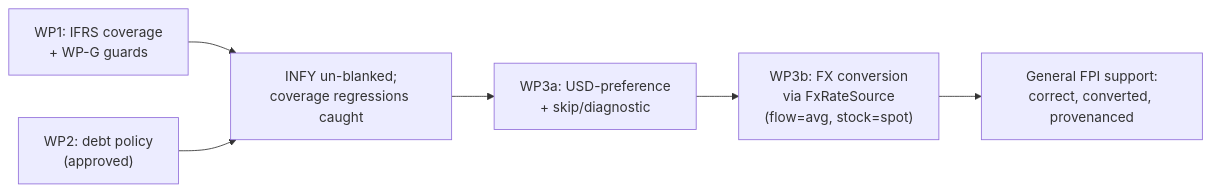
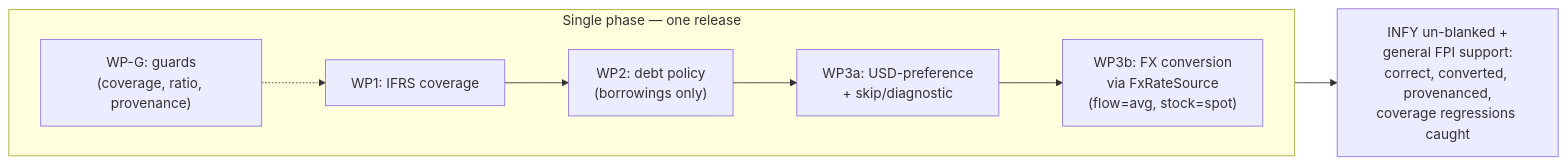
The diagram in docs/ifrs-currency-support-techspec.md (dhruva-vidhant/econ-project), drawn with Mermaid before and after one commit. The commit also changed other lines of this file and 3 other files, not shown here.

First line of the commit message:
docs(ifrs-currency): collapse to single-phase delivery — all gaps in one release

````diff
--- a/docs/ifrs-currency-support-techspec.md
+++ b/docs/ifrs-currency-support-techspec.md
@@ -273,8 +276,11 @@
 ```mermaid
 flowchart LR
-  WP1["WP1: IFRS coverage<br/>+ WP-G guards"] --> SHIP1["INFY un-blanked;<br/>coverage regressions caught"]
-  WP2["WP2: debt policy<br/>(approved)"] --> SHIP1
-  SHIP1 --> WP3a["WP3a: USD-preference<br/>+ skip/diagnostic"]
-  WP3a --> WP3b["WP3b: FX conversion<br/>via FxRateSource<br/>(flow=avg, stock=spot)"]
-  WP3b --> SHIP2["General FPI support:<br/>correct, converted, provenanced"]
+  subgraph PHASE["Single phase — one release"]
+    direction LR
+    WP1["WP1: IFRS coverage"] --> WP2["WP2: debt policy<br/>(borrowings only)"]
+    WP2 --> WP3a["WP3a: USD-preference<br/>+ skip/diagnostic"]
+    WP3a --> WP3b["WP3b: FX conversion<br/>via FxRateSource<br/>(flow=avg, stock=spot)"]
+    WPG["WP-G: guards<br/>(coverage, ratio, provenance)"] -.-> WP1
+  end
+  PHASE --> SHIP["INFY un-blanked +<br/>general FPI support:<br/>correct, converted, provenanced,<br/>coverage regressions caught"]
 ```
````
